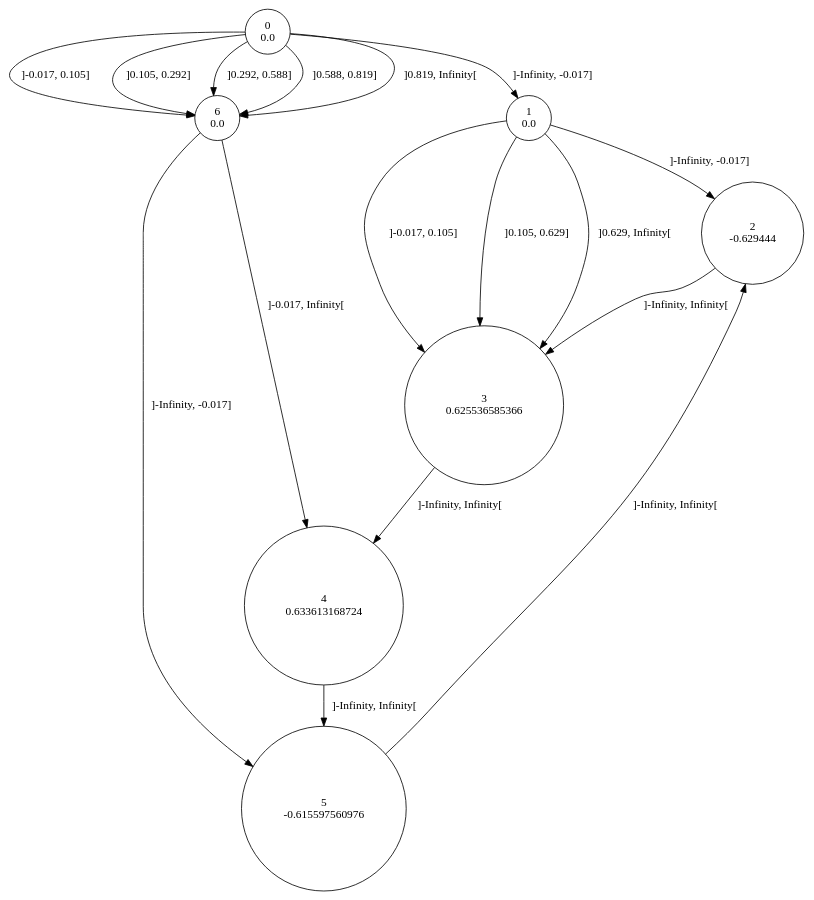
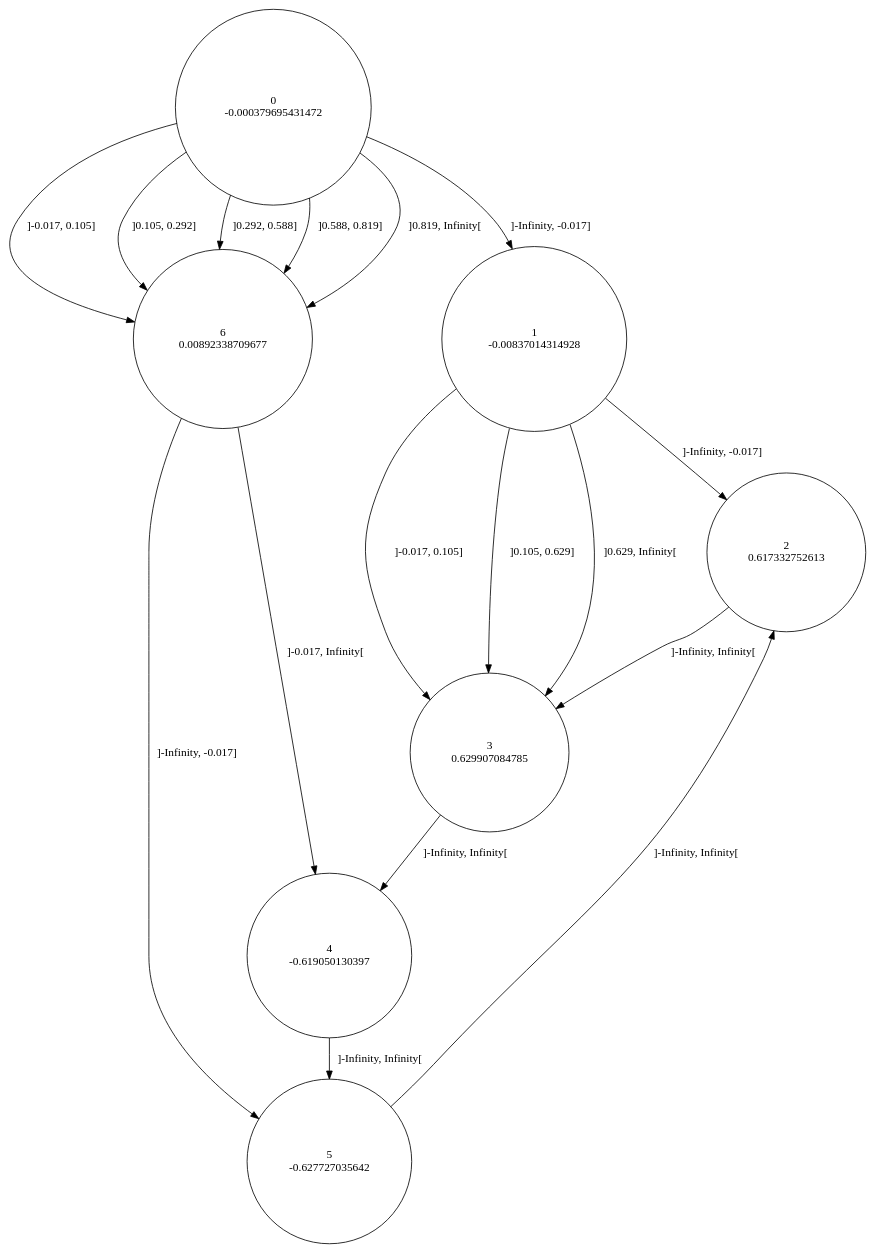
The diagram in sinus/data/9/rtitm.dot (gllpellegrino/RAI_experiments), drawn with Graphviz before and after one commit. The commit also changed 25 other files, not shown here.

```diff
--- a/sinus/data/9/rtitm.dot
+++ b/sinus/data/9/rtitm.dot
@@ -1,25 +1,25 @@
 digraph a {
-0 [shape=circle, label="0\n0.0"];
+0 [shape=circle, label="0\n-0.000379695431472"];
 	0 -> 1 [label="]-Infinity, -0.017]"];
 	0 -> 6 [label="]-0.017, 0.105]"];
 	0 -> 6 [label="]0.105, 0.292]"];
 	0 -> 6 [label="]0.292, 0.588]"];
 	0 -> 6 [label="]0.588, 0.819]"];
 	0 -> 6 [label="]0.819, Infinity["];
-1 [shape=circle, label="1\n0.0"];
+1 [shape=circle, label="1\n-0.00837014314928"];
 	1 -> 2 [label="]-Infinity, -0.017]"];
 	1 -> 3 [label="]-0.017, 0.105]"];
 	1 -> 3 [label="]0.105, 0.629]"];
 	1 -> 3 [label="]0.629, Infinity["];
-2 [shape=circle, label="2\n-0.629444"];
+2 [shape=circle, label="2\n0.617332752613"];
 	2 -> 3 [label="]-Infinity, Infinity["];
-3 [shape=circle, label="3\n0.625536585366"];
+3 [shape=circle, label="3\n0.629907084785"];
 	3 -> 4 [label="]-Infinity, Infinity["];
-4 [shape=circle, label="4\n0.633613168724"];
+4 [shape=circle, label="4\n-0.619050130397"];
 	4 -> 5 [label="]-Infinity, Infinity["];
-5 [shape=circle, label="5\n-0.615597560976"];
+5 [shape=circle, label="5\n-0.627727035642"];
 	5 -> 2 [label="]-Infinity, Infinity["];
-6 [shape=circle, label="6\n0.0"];
+6 [shape=circle, label="6\n0.00892338709677"];
 	6 -> 5 [label="]-Infinity, -0.017]"];
 	6 -> 4 [label="]-0.017, Infinity["];
 }
```
